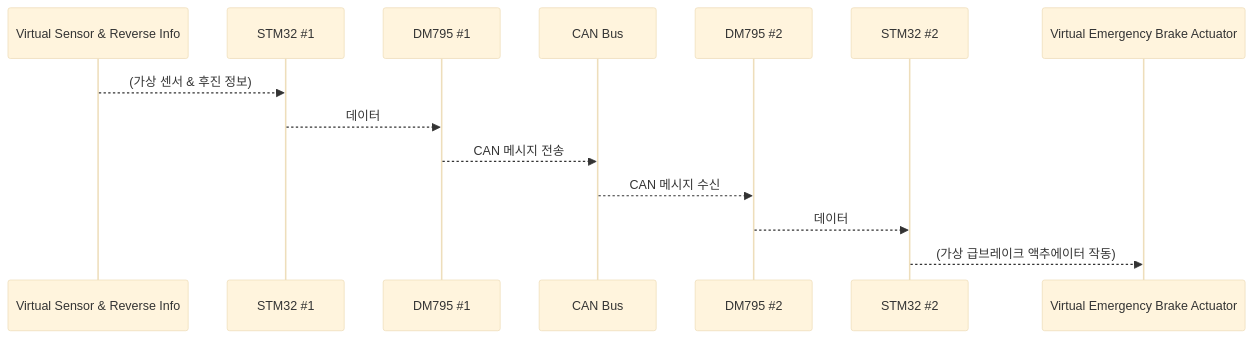
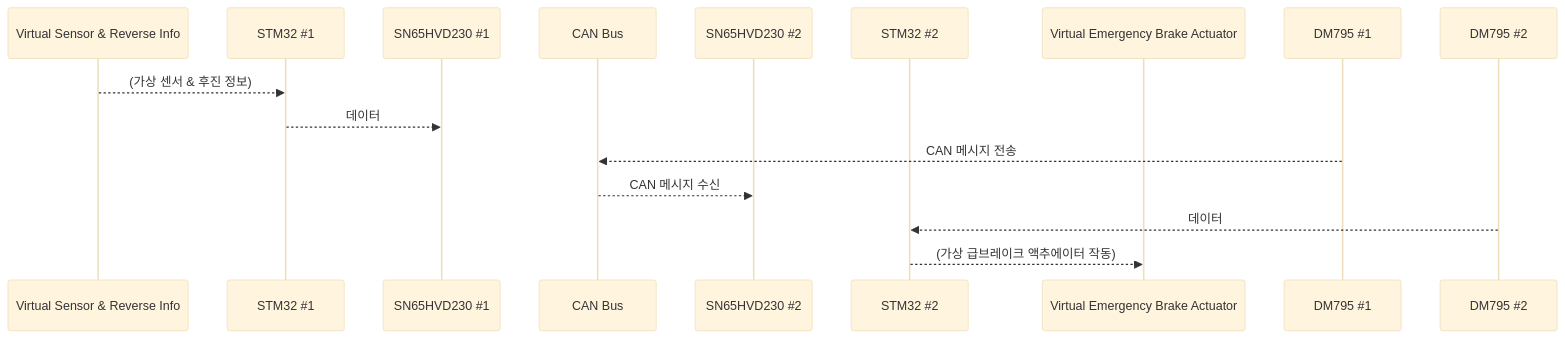
One commit to jgh05168/HukBrake changed the first of 2 diagrams in README.md. Above: the diagram before and after it, drawn with Mermaid (base theme). The commit also changed other lines of this file, not shown here.

````diff
--- a/README.md
+++ b/README.md
@@ -59,17 +59,17 @@
 ```mermaid
 sequenceDiagram
     participant Virtual Sensor & Reverse Info
     participant STM32 #1
-    participant DM795 #1
+    participant SN65HVD230 #1
     participant CAN Bus
-    participant DM795 #2
+    participant SN65HVD230 #2
     participant STM32 #2
     participant Virtual Emergency Brake Actuator
 
     Virtual Sensor & Reverse Info-->>STM32 #1: (가상 센서 & 후진 정보)
-    STM32 #1-->>DM795 #1: 데이터
+    STM32 #1-->>SN65HVD230 #1: 데이터
     DM795 #1-->>CAN Bus: CAN 메시지 전송
-    CAN Bus-->>DM795 #2: CAN 메시지 수신
+    CAN Bus-->>SN65HVD230 #2: CAN 메시지 수신
     DM795 #2-->>STM32 #2: 데이터
     STM32 #2-->>Virtual Emergency Brake Actuator: (가상 급브레이크 액추에이터 작동)
 ```
````
